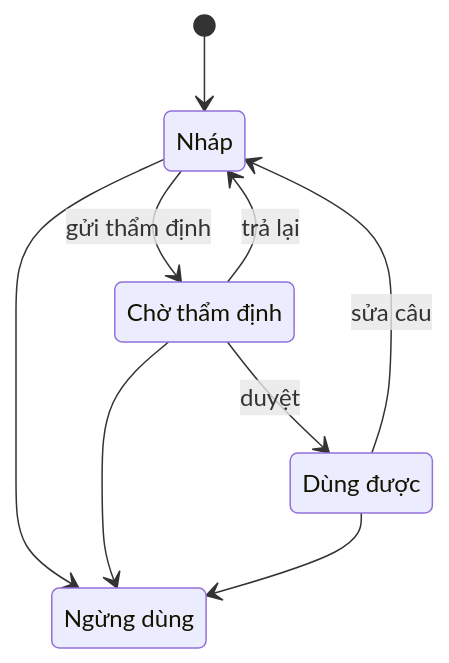
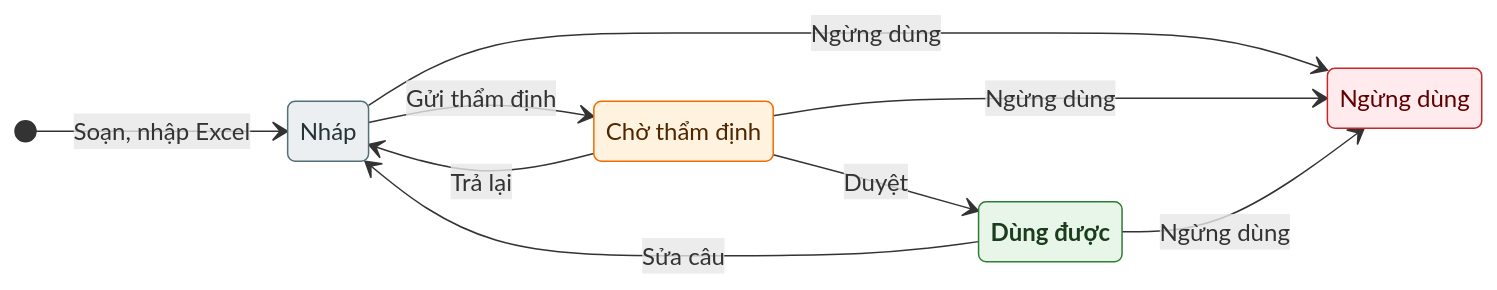
Diagram 14 of 17 in tai_lieu/34_TONG_HOP_CHUC_NANG_HE_THONG/03_DAY_HOC_VA_KIEM_TRA_DANH_GIA.md (luckyshopvn/school_management), drawn with Mermaid before and after one commit. The commit also changed other lines of this file and 8 other files, not shown here.

First line of the commit message:
Tài liệu 34: vẽ lại toàn bộ sơ đồ cho trực quan, thêm bản PDF gộp

````diff
--- a/tai_lieu/34_TONG_HOP_CHUC_NANG_HE_THONG/03_DAY_HOC_VA_KIEM_TRA_DANH_GIA.md
+++ b/tai_lieu/34_TONG_HOP_CHUC_NANG_HE_THONG/03_DAY_HOC_VA_KIEM_TRA_DANH_GIA.md
@@ -580,15 +995,28 @@
 ```mermaid
 stateDiagram-v2
-    state "Nháp" as draft
-    state "Chờ thẩm định" as review
-    state "Dùng được" as approved
-    state "Ngừng dùng" as retired
-    [*] --> draft
-    draft --> review : gửi thẩm định
-    review --> approved : duyệt
-    review --> draft : trả lại
-    approved --> draft : sửa câu
-    draft --> retired
-    review --> retired
-    approved --> retired
+  direction LR
+  classDef nhap fill:#eceff1,stroke:#546e7a,color:#263238
+  classDef cho fill:#fff3e0,stroke:#ef6c00,color:#4e2600
+  classDef dang fill:#e3f2fd,stroke:#1565c0,color:#0d2a4a
+  classDef xong fill:#e8f5e9,stroke:#2e7d32,color:#1b3d1d,font-weight:bold
+  classDef huy fill:#ffebee,stroke:#c62828,color:#5f0000
+
+  state "Nháp" as draft
+  state "Chờ thẩm định" as review
+  state "Dùng được" as approved
+  state "Ngừng dùng" as retired
+
+  [*] --> draft : Soạn, nhập Excel
+  draft --> review : Gửi thẩm định
+  review --> approved : Duyệt
+  review --> draft : Trả lại
+  approved --> draft : Sửa câu
+  draft --> retired : Ngừng dùng
+  review --> retired : Ngừng dùng
+  approved --> retired : Ngừng dùng
+
+  class draft nhap
+  class review cho
+  class approved xong
+  class retired huy
 ```
````
